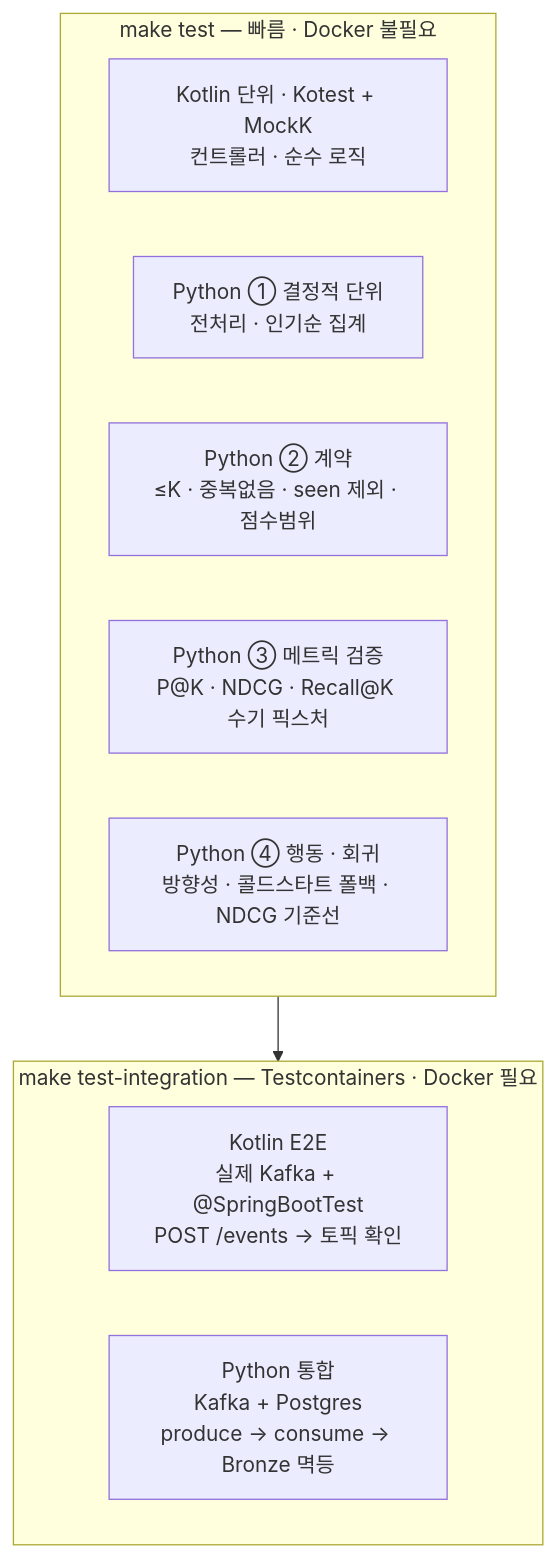
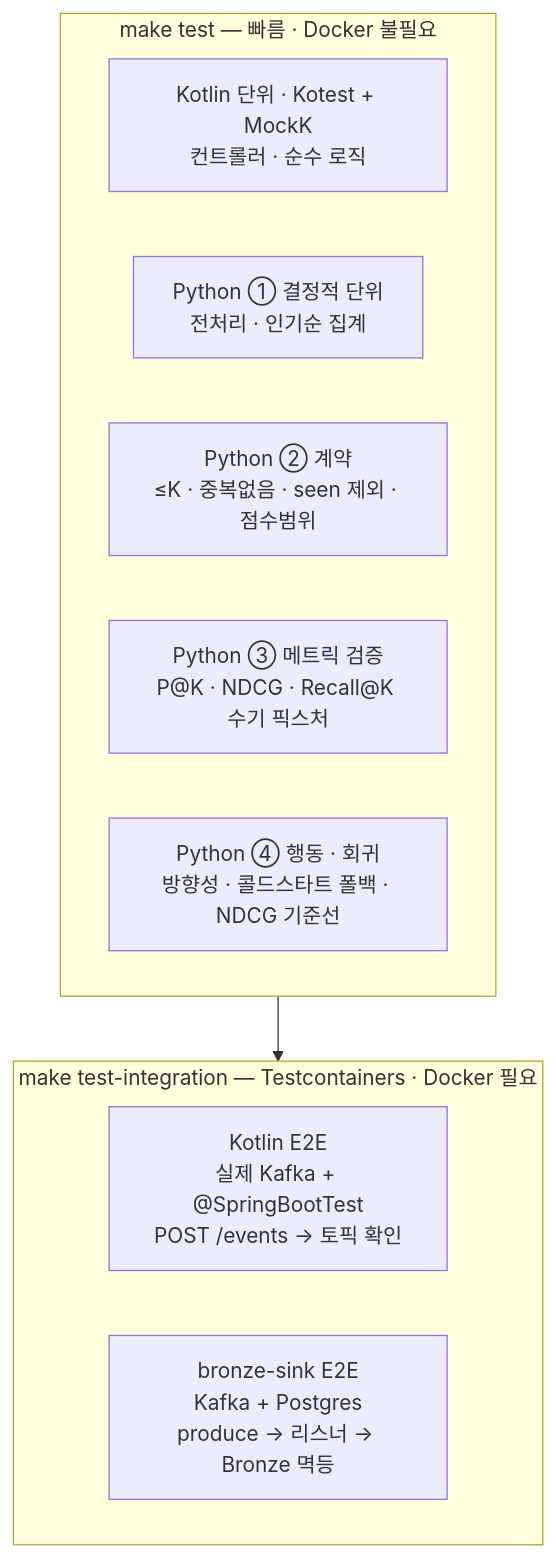
One commit to daehoon1112/personalized-reco changed the fourth of 4 diagrams in README.md. Above: the diagram before and after it, drawn with Mermaid. The commit also changed other lines of this file and 54 other files, not shown here.

First line of the commit message:
feat: 데이터 모델(Flyway V1~V4) + JDK 25 스택 상향 + bronze-sink(Kotlin) 컨슈머

````diff
--- a/README.md
+++ b/README.md
@@ -176,17 +241,17 @@
 ```mermaid
 flowchart TB
     subgraph FAST["make test — 빠름 · Docker 불필요"]
         ku1["Kotlin 단위 · Kotest + MockK<br/>컨트롤러 · 순수 로직"]
         pu1["Python ① 결정적 단위<br/>전처리 · 인기순 집계"]
         pu2["Python ② 계약<br/>≤K · 중복없음 · seen 제외 · 점수범위"]
         pu3["Python ③ 메트릭 검증<br/>P@K · NDCG · Recall@K 수기 픽스처"]
         pu4["Python ④ 행동 · 회귀<br/>방향성 · 콜드스타트 폴백 · NDCG 기준선"]
     end
 
     subgraph SLOW["make test-integration — Testcontainers · Docker 필요"]
         ke["Kotlin E2E<br/>실제 Kafka + @SpringBootTest<br/>POST /events → 토픽 확인"]
-        pe["Python 통합<br/>Kafka + Postgres<br/>produce → consume → Bronze 멱등"]
+        pe["bronze-sink E2E<br/>Kafka + Postgres<br/>produce → 리스너 → Bronze 멱등"]
     end
 
     FAST --> SLOW
 ```
````
